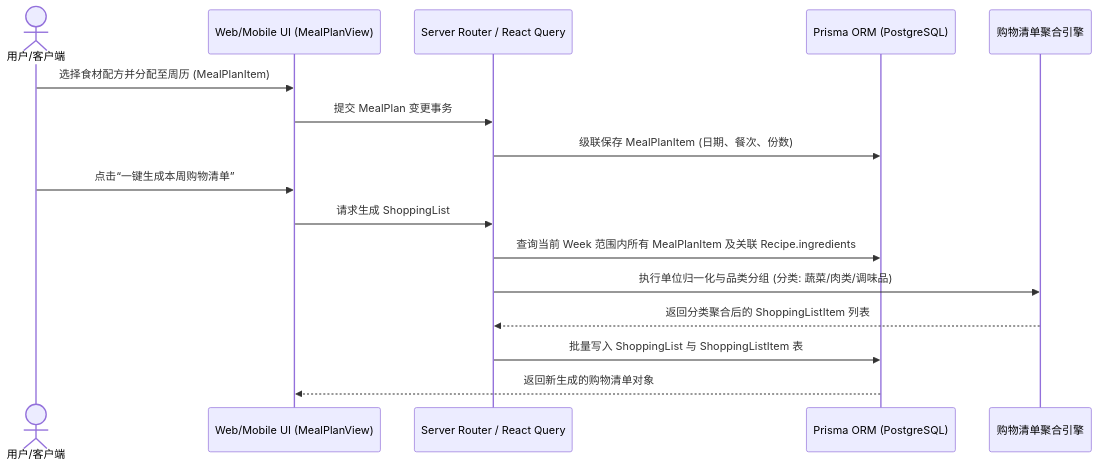
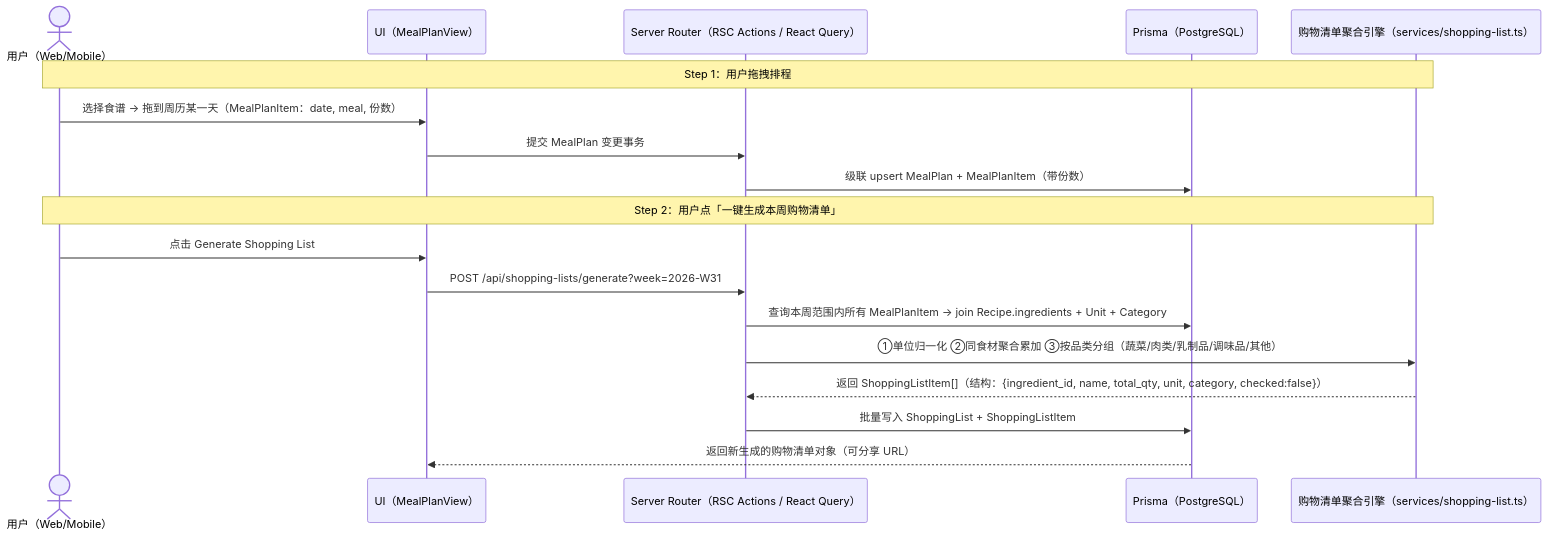
One commit to MeiSiristhebest/recipe-planner-app changed the second of 3 diagrams in README.md. Above: the diagram before and after it, drawn with Mermaid. The commit also changed other lines of this file and 4 other files, not shown here.

````diff
--- a/README.md
+++ b/README.md
@@ -71,19 +217,22 @@
 ```mermaid
 sequenceDiagram
-    actor User as 用户/客户端
-    participant Web as Web/Mobile UI (MealPlanView)
-    participant API as Server Router / React Query
-    participant Prisma as Prisma ORM (PostgreSQL)
-    participant Engine as 购物清单聚合引擎
+    actor User as 用户（Web/Mobile）
+    participant UI as UI（MealPlanView）
+    participant API as Server Router（RSC Actions / React Query）
+    participant DB as Prisma（PostgreSQL）
+    participant Engine as 购物清单聚合引擎（services/shopping-list.ts）
 
-    User->>Web: 选择食材配方并分配至周历 (MealPlanItem)
-    Web->>API: 提交 MealPlan 变更事务
-    API->>Prisma: 级联保存 MealPlanItem (日期、餐次、份数)
-    User->>Web: 点击“一键生成本周购物清单”
-    Web->>API: 请求生成 ShoppingList
-    API->>Prisma: 查询当前 Week 范围内所有 MealPlanItem 及关联 Recipe.ingredients
-    API->>Engine: 执行单位归一化与品类分组 (分类: 蔬菜/肉类/调味品)
-    Engine-->>API: 返回分类聚合后的 ShoppingListItem 列表
-    API->>Prisma: 批量写入 ShoppingList 与 ShoppingListItem 表
-    Prisma-->>Web: 返回新生成的购物清单对象
+    Note over User,Engine: Step 1：用户拖拽排程
+    User->>UI: 选择食谱 → 拖到周历某一天（MealPlanItem：date, meal, 份数）
+    UI->>API: 提交 MealPlan 变更事务
+    API->>DB: 级联 upsert MealPlan + MealPlanItem（带份数）
+
+    Note over User,Engine: Step 2：用户点「一键生成本周购物清单」
+    User->>UI: 点击 Generate Shopping List
+    UI->>API: POST /api/shopping-lists/generate?week=2026-W31
+    API->>DB: 查询本周范围内所有 MealPlanItem → join Recipe.ingredients + Unit + Category
+    API->>Engine: ①单位归一化 ②同食材聚合累加 ③按品类分组（蔬菜/肉类/乳制品/调味品/其他）
+    Engine-->>API: 返回 ShoppingListItem[]（结构：{ingredient_id, name, total_qty, unit, category, checked:false}）
+    API->>DB: 批量写入 ShoppingList + ShoppingListItem
+    DB-->>UI: 返回新生成的购物清单对象（可分享 URL）
 ```
````
